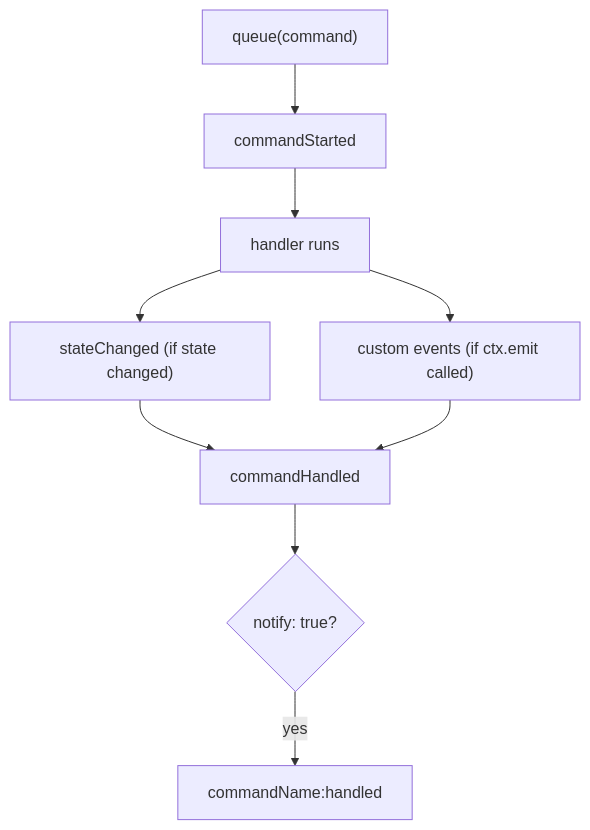
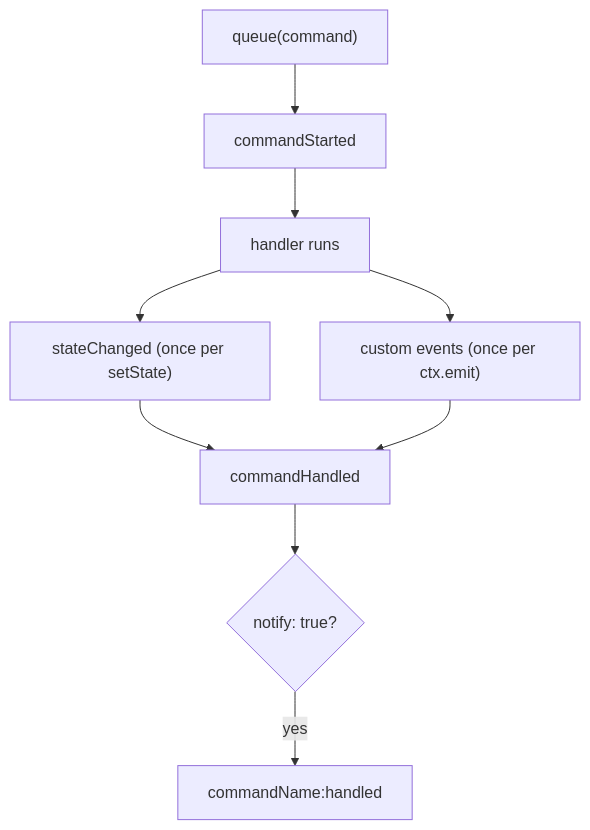
Before and after one commit to NaiKiDEV/commiq: the first of 2 diagrams in apps/docs-app/content/docs/examples/event-stream.mdx, drawn with Mermaid. The commit also changed other lines of this file and 47 other files, not shown here.

````diff
--- a/apps/docs-app/content/docs/examples/event-stream.mdx
+++ b/apps/docs-app/content/docs/examples/event-stream.mdx
@@ -27,11 +34,11 @@
 ```mermaid
 flowchart TB
     Q["queue(command)"] --> CS["commandStarted"]
     CS --> HR["handler runs"]
-    HR --> SC["stateChanged (if state changed)"]
-    HR --> CE["custom events (if ctx.emit called)"]
+    HR --> SC["stateChanged (once per setState)"]
+    HR --> CE["custom events (once per ctx.emit)"]
     SC --> CH["commandHandled"]
     CE --> CH
     CH --> N{"notify: true?"}
     N -->|yes| H["commandName:handled"]
 ```
````
